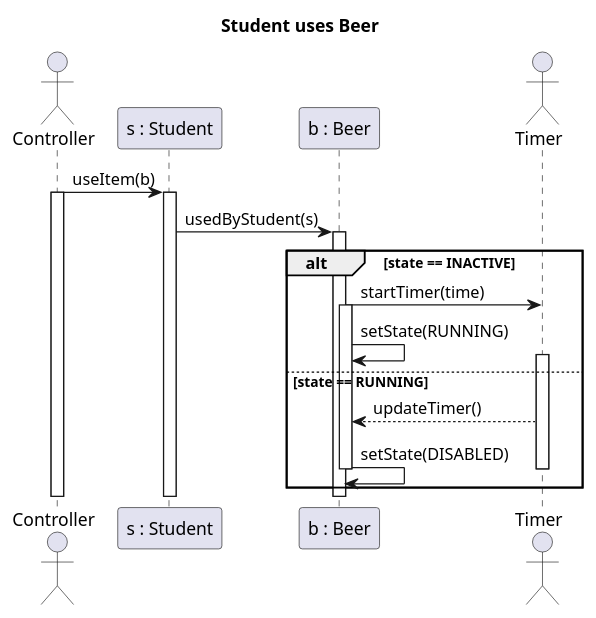
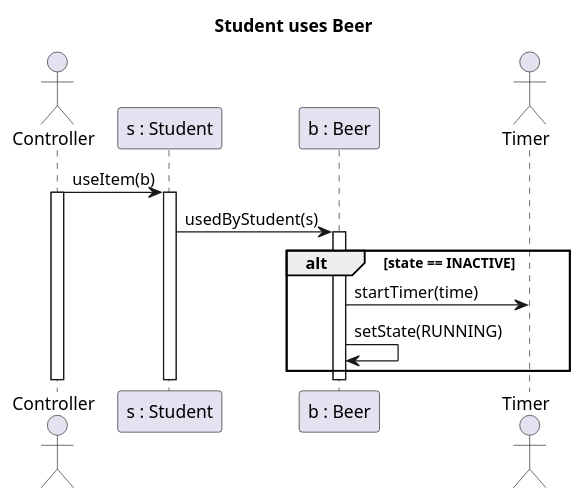
One commit to MBakter/echo changed the diagram in Reko/beer.plantuml. Above: the diagram before and after it, drawn with PlantUML. The commit also changed 3 other files, not shown here.

```diff
--- a/Reko/beer.plantuml
+++ b/Reko/beer.plantuml
@@ -1,30 +1,24 @@
 @startuml Student uses Beer
 title Student uses Beer
 
 actor Controller as C
 participant "s : Student" as s
 participant "b : Beer" as b
 actor Timer as t
 
 C -> s : useItem(b)
 Activate C
 Activate s
 s -> b : usedByStudent(s)
 Activate b
 alt state == INACTIVE
 b -> t : startTimer(time)
-Activate b
 b -> b : setState(RUNNING)
 
-else state == RUNNING
-Activate t
-t --> b : updateTimer()
-b -> b : setState(DISABLED)
-Deactivate b
-Deactivate t
+
 end
 Deactivate b
 Deactivate s
 Deactivate C
 
 @enduml
```
